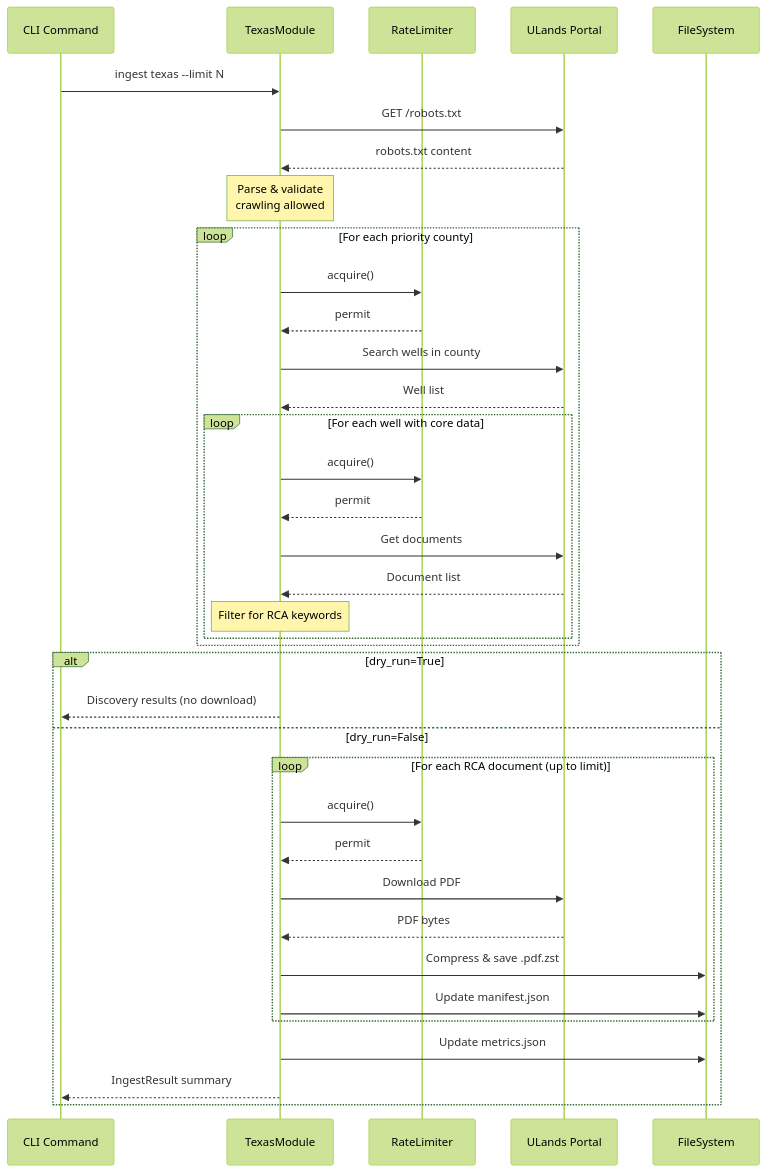
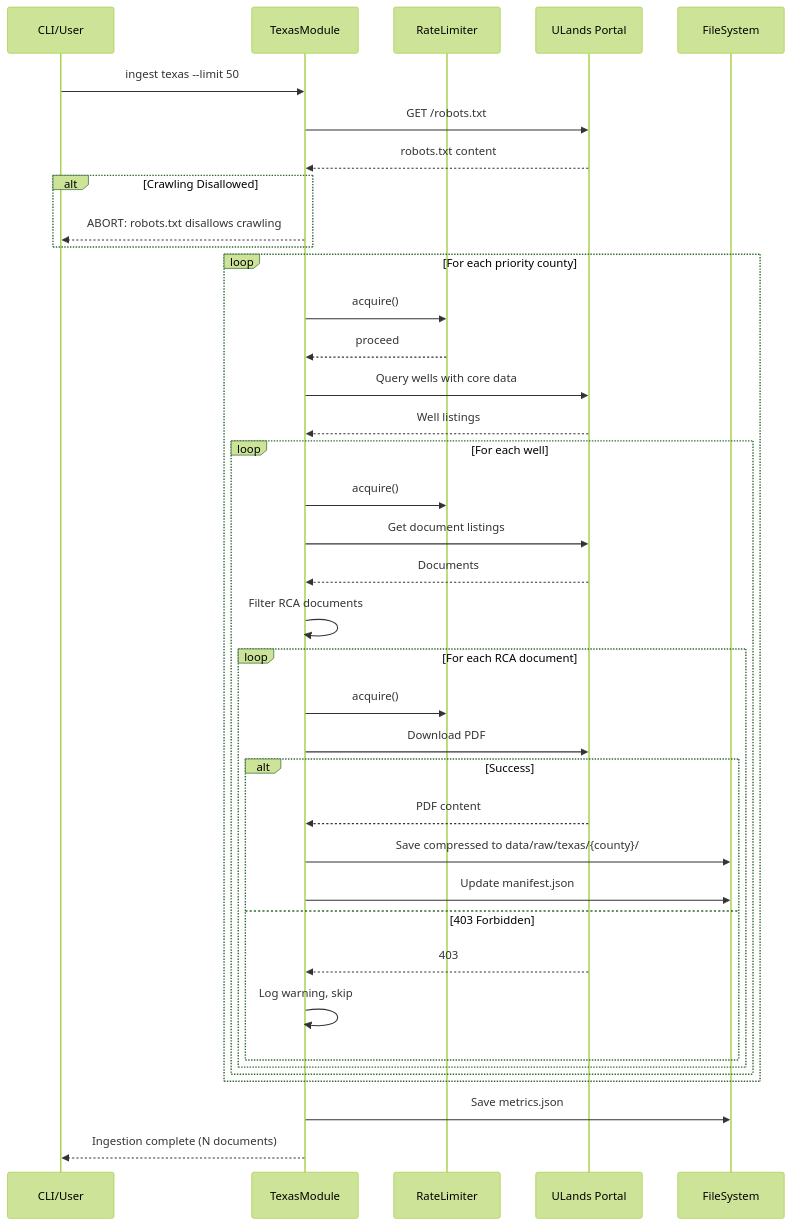
Before and after one commit to martymcenroe/RCA-PDF-extraction-pipeline: the diagram in docs/lineage/active/25-lld/002-draft.md, drawn with Mermaid (forest theme). The commit also changed other lines of this file and 12 other files, not shown here.

````diff
--- a/docs/lineage/active/25-lld/002-draft.md
+++ b/docs/lineage/active/25-lld/002-draft.md
@@ -335,44 +307,47 @@
 ```mermaid
 sequenceDiagram
-    participant CLI as CLI Command
+    participant CLI as CLI/User
     participant TM as TexasModule
     participant RL as RateLimiter
     participant Portal as ULands Portal
     participant FS as FileSystem
 
-    CLI->>TM: ingest texas --limit N
+    CLI->>TM: ingest texas --limit 50
     TM->>Portal: GET /robots.txt
     Portal-->>TM: robots.txt content
     
-    Note over TM: Parse & validate<br/>crawling allowed
+    alt Crawling Disallowed
+        TM-->>CLI: ABORT: robots.txt disallows crawling
+    end
     
     loop For each priority county
         TM->>RL: acquire()
-        RL-->>TM: permit
-        TM->>Portal: Search wells in county
-        Portal-->>TM: Well list
+        RL-->>TM: proceed
+        TM->>Portal: Query wells with core data
+        Portal-->>TM: Well listings
         
-        loop For each well with core data
+        loop For each well
             TM->>RL: acquire()
-            RL-->>TM: permit
-            TM->>Portal: Get documents
-            Portal-->>TM: Document list
-            Note over TM: Filter for RCA keywords
+            TM->>Portal: Get document listings
+            Portal-->>TM: Documents
+            TM->>TM: Filter RCA documents
+            
+            loop For each RCA document
+                TM->>RL: acquire()
+                TM->>Portal: Download PDF
+                
+                alt Success
+                    Portal-->>TM: PDF content
+                    TM->>FS: Save compressed to data/raw/texas/{county}/
+                    TM->>FS: Update manifest.json
+                else 403 Forbidden
+                    Portal-->>TM: 403
+                    TM->>TM: Log warning, skip
+                end
+            end
         end
     end
     
-    alt dry_run=True
-        TM-->>CLI: Discovery results (no download)
-    else dry_run=False
-        loop For each RCA document (up to limit)
-            TM->>RL: acquire()
-            RL-->>TM: permit
-            TM->>Portal: Download PDF
-            Portal-->>TM: PDF bytes
-            TM->>FS: Compress & save .pdf.zst
-            TM->>FS: Update manifest.json
-        end
-        TM->>FS: Update metrics.json
-        TM-->>CLI: IngestResult summary
-    end
+    TM->>FS: Save metrics.json
+    TM-->>CLI: Ingestion complete (N documents)
 ```
````
